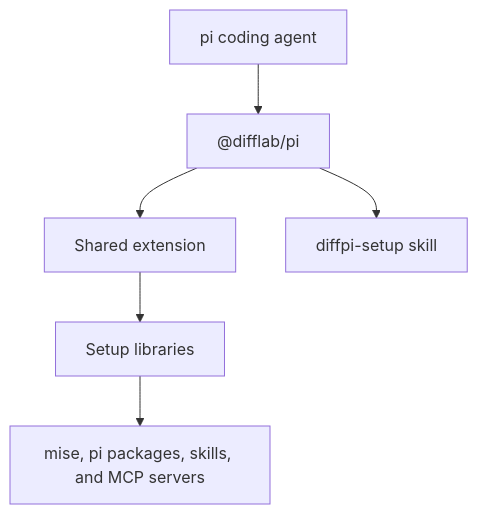
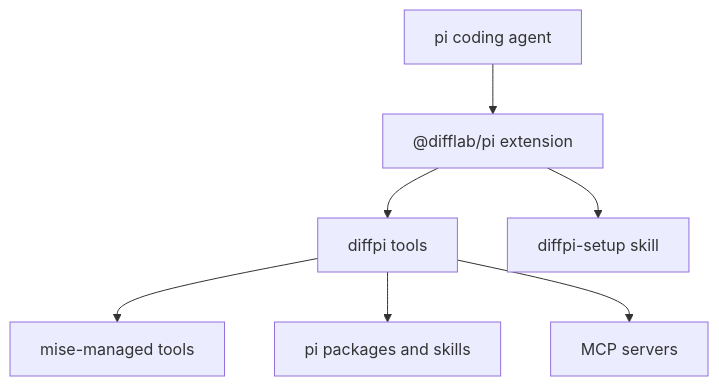
One commit to difflab-io/diffpi changed the diagram in docs/architecture/index.md. Above: the diagram before and after it, drawn with Mermaid. The commit also changed other lines of this file and 30 other files, not shown here.

````diff
--- a/docs/architecture/index.md
+++ b/docs/architecture/index.md
@@ -36,8 +29,9 @@
 ```mermaid
 graph TD
-    Pi["pi coding agent"] --> Package["@difflab/pi"]
-    Package --> Extension["Shared extension"]
-    Package --> Skill["diffpi-setup skill"]
-    Extension --> Libraries["Setup libraries"]
-    Libraries --> External["mise, pi packages, skills, and MCP servers"]
+    Pi["pi coding agent"] --> Extension["@difflab/pi extension"]
+    Extension --> Tools["diffpi tools"]
+    Extension --> Skill["diffpi-setup skill"]
+    Tools --> Mise["mise-managed tools"]
+    Tools --> Packages["pi packages and skills"]
+    Tools --> MCP["MCP servers"]
 ```
````
